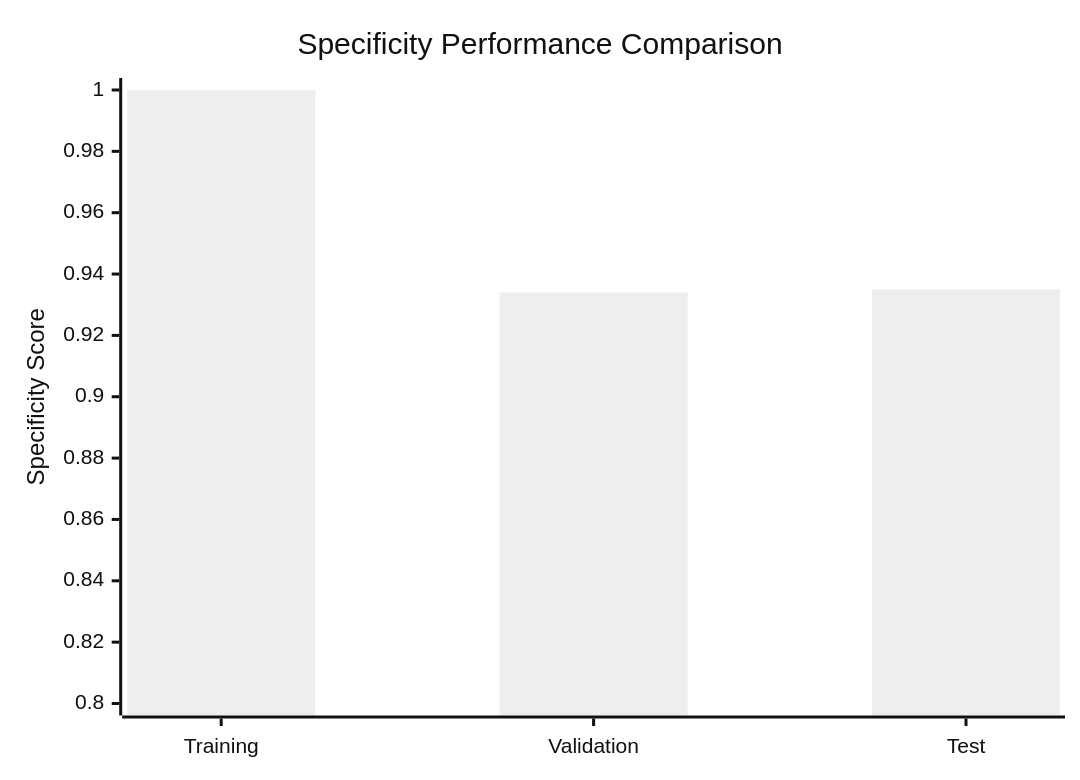
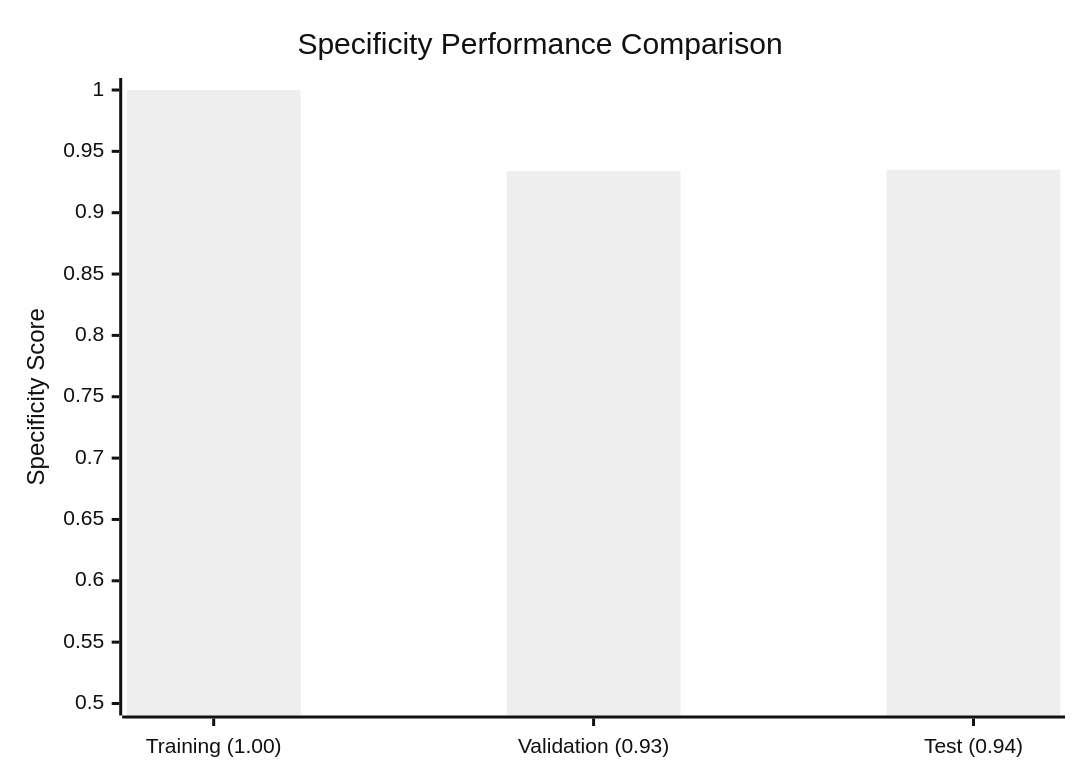
One commit to Daniel-Lachner-Piza/EEG_Characterizer_HFO changed the fifth of 5 diagrams in README.md. Above: the diagram before and after it, drawn with Mermaid (neutral theme). The commit also changed other lines of this file, not shown here.

````diff
--- a/README.md
+++ b/README.md
@@ -78,7 +78,7 @@
 ```mermaid
 xychart-beta
     title "Specificity Performance Comparison"
-    x-axis ["Training", "Validation", "Test"]
-    y-axis "Specificity Score" 0.8 --> 1.0
+    x-axis ["Training (1.00)", "Validation (0.93)", "Test (0.94)"]
+    y-axis "Specificity Score" 0.5 --> 1.0
     bar [1.000, 0.934, 0.935]
 ```
````
